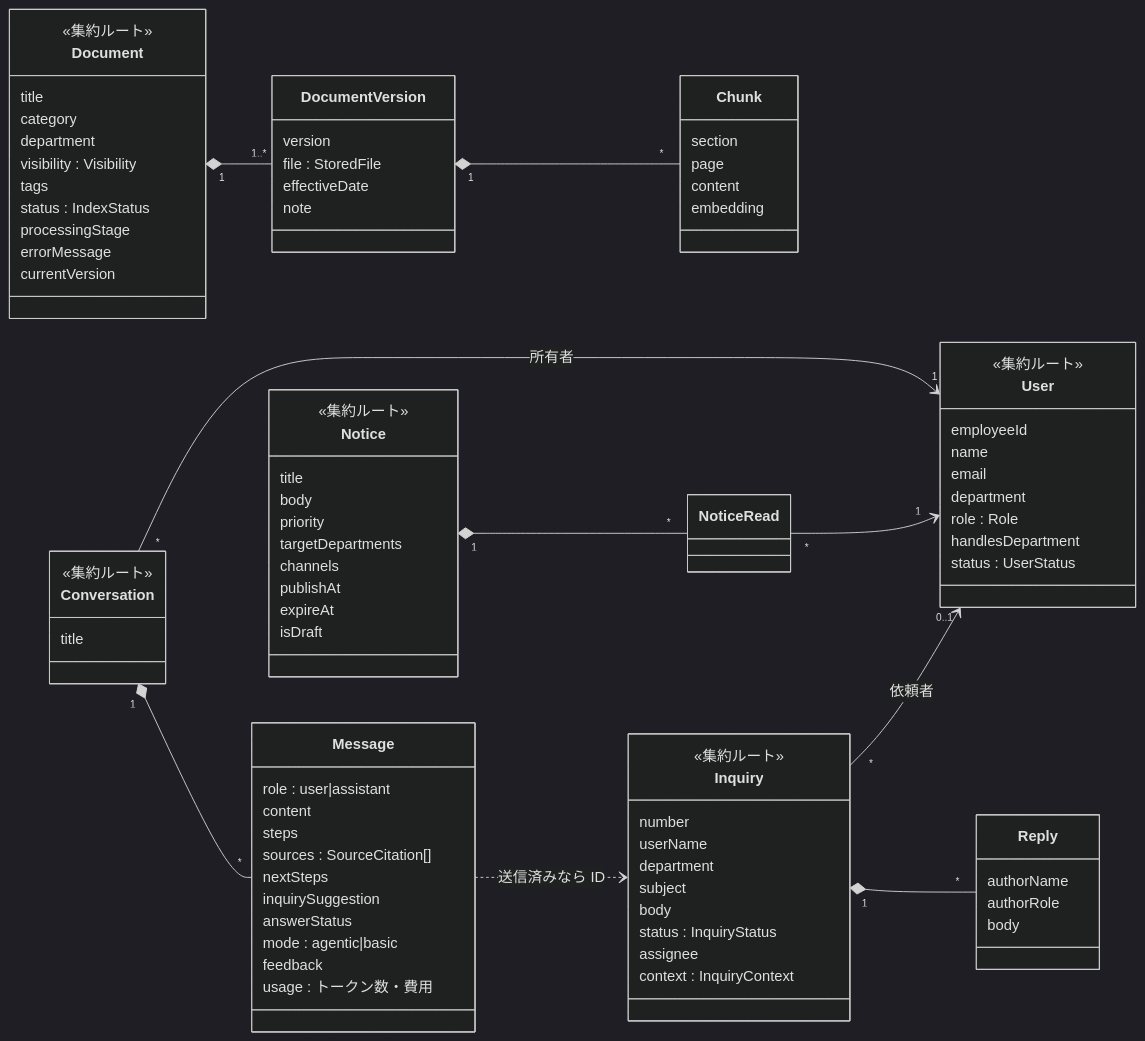
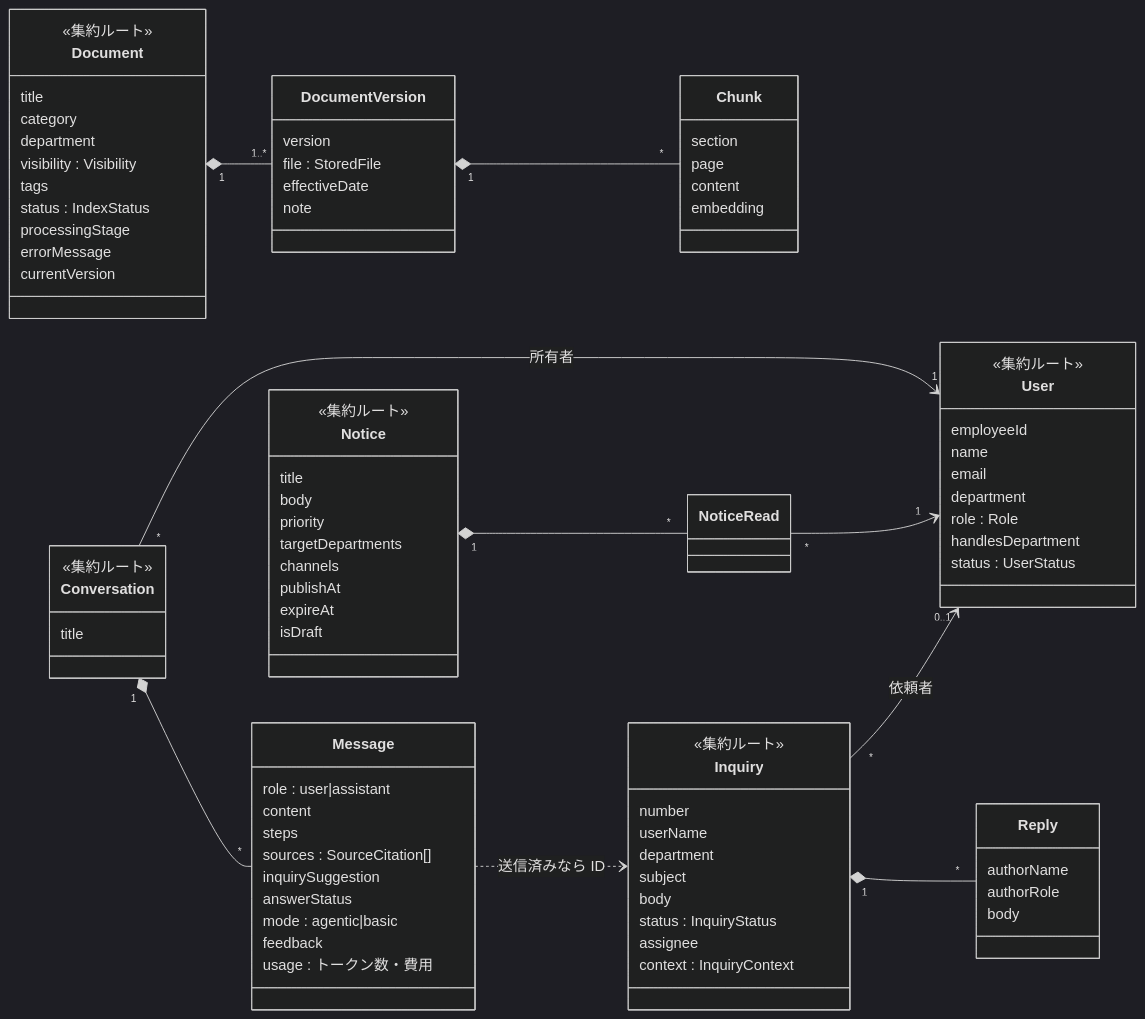
One commit to Graduation-Project-2026-11-09/agent-rag-system changed the first of 4 diagrams in docs/architecture/domain-model.md. Above: the diagram before and after it, drawn with Mermaid (dark theme). The commit also changed 14 other files, not shown here.

```diff
--- a/docs/architecture/domain-model.md
+++ b/docs/architecture/domain-model.md
@@ -67,7 +67,6 @@
     content
     steps
     sources : SourceCitation[]
-    nextSteps
     inquirySuggestion
     answerStatus
     mode : agentic|basic
```
